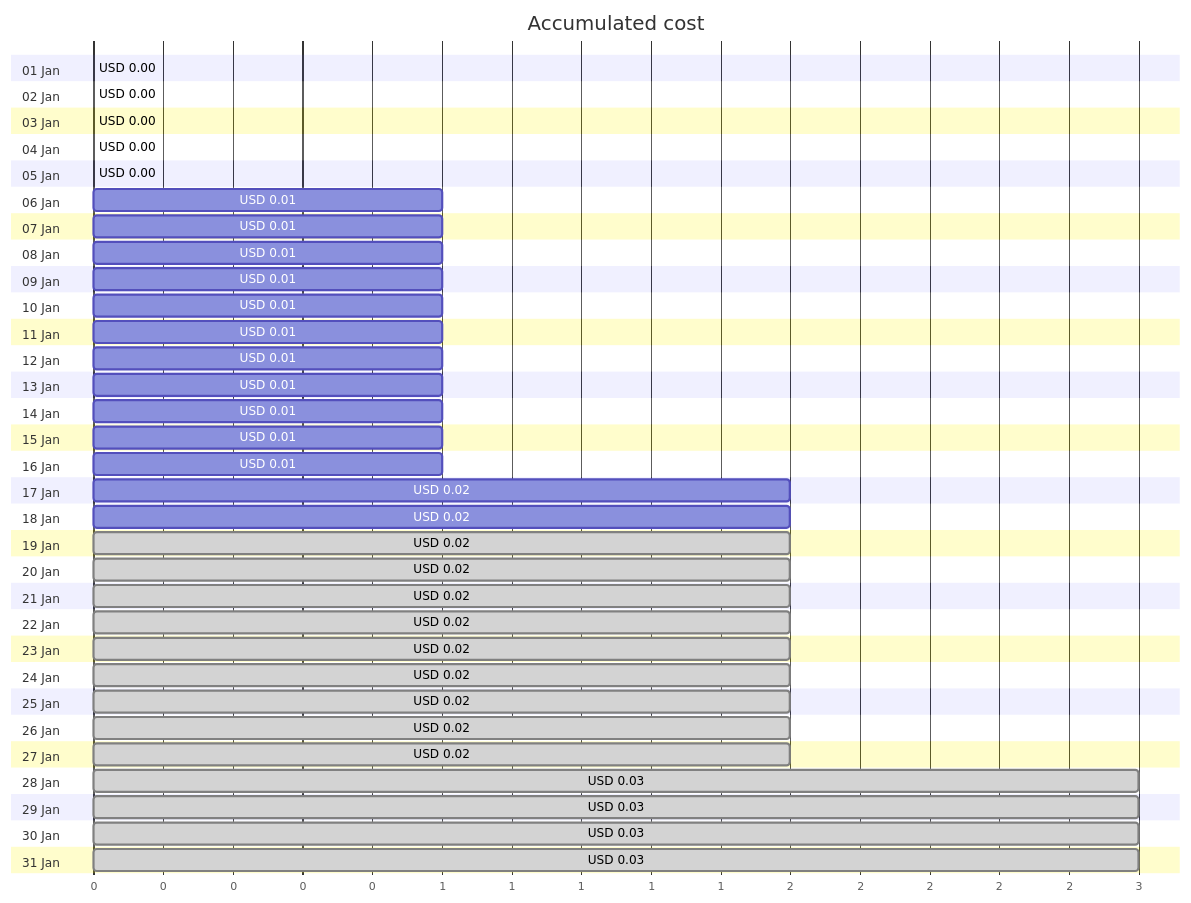
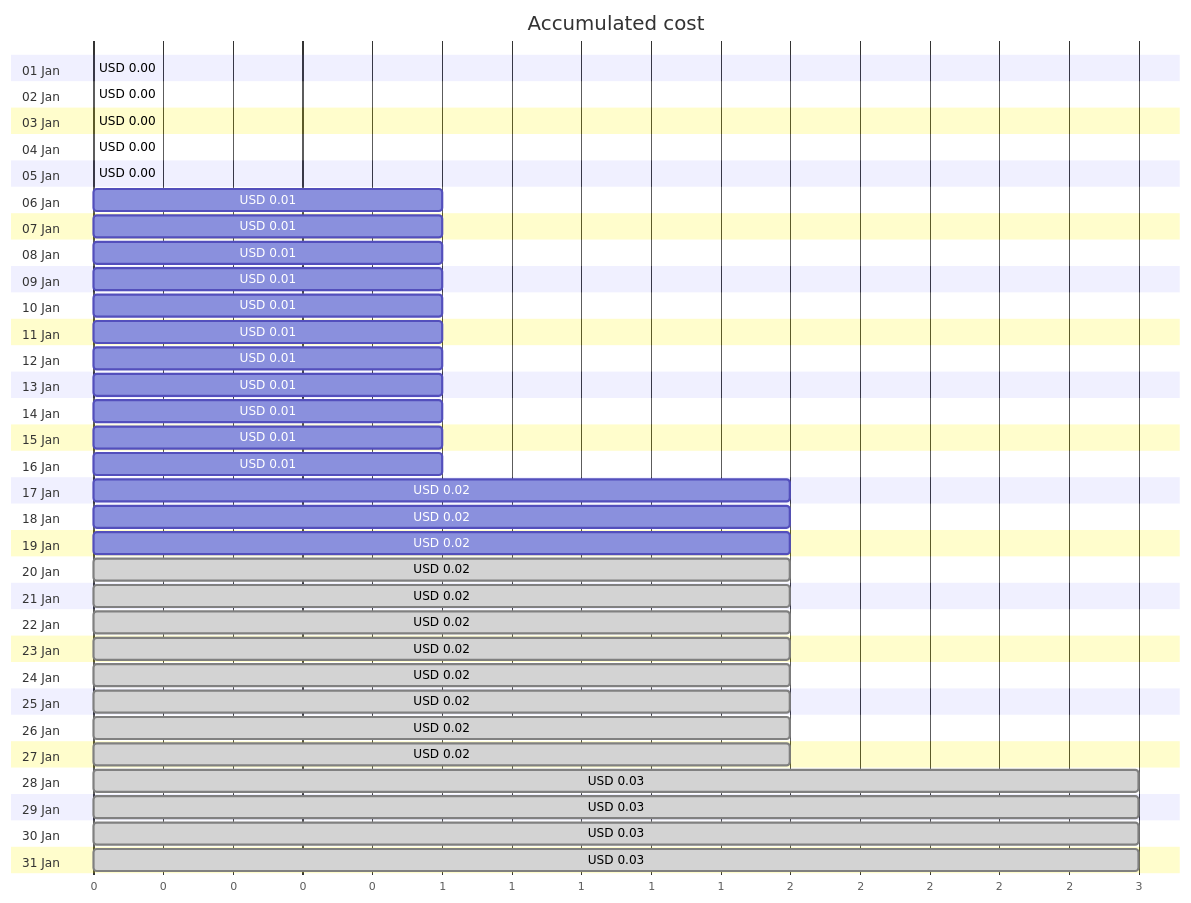
One commit to jpfulton/azure-personal-reports changed the first of 4 diagrams in cost-reports/personal-site/personalsiteapipreview.md. Above: the diagram before and after it, drawn with Mermaid. The commit also changed other lines of this file and 7 other files, not shown here.

````diff
--- a/cost-reports/personal-site/personalsiteapipreview.md
+++ b/cost-reports/personal-site/personalsiteapipreview.md
@@ -20,68 +20,68 @@
 ```mermaid
 gantt
    title Accumulated cost
    dateFormat  X
    axisFormat %s
    section 01 Jan
    USD 0.00 :0, 0
    section 02 Jan
    USD 0.00 :0, 0
    section 03 Jan
    USD 0.00 :0, 0
    section 04 Jan
    USD 0.00 :0, 0
    section 05 Jan
    USD 0.00 :0, 0
    section 06 Jan
    USD 0.01 :0, 1
    section 07 Jan
    USD 0.01 :0, 1
    section 08 Jan
    USD 0.01 :0, 1
    section 09 Jan
    USD 0.01 :0, 1
    section 10 Jan
    USD 0.01 :0, 1
    section 11 Jan
    USD 0.01 :0, 1
    section 12 Jan
    USD 0.01 :0, 1
    section 13 Jan
    USD 0.01 :0, 1
    section 14 Jan
    USD 0.01 :0, 1
    section 15 Jan
    USD 0.01 :0, 1
    section 16 Jan
    USD 0.01 :0, 1
    section 17 Jan
    USD 0.02 :0, 2
    section 18 Jan
    USD 0.02 :0, 2
    section 19 Jan
-   USD 0.02 : done, 0, 2
+   USD 0.02 :0, 2
    section 20 Jan
    USD 0.02 : done, 0, 2
    section 21 Jan
    USD 0.02 : done, 0, 2
    section 22 Jan
    USD 0.02 : done, 0, 2
    section 23 Jan
    USD 0.02 : done, 0, 2
    section 24 Jan
    USD 0.02 : done, 0, 2
    section 25 Jan
    USD 0.02 : done, 0, 2
    section 26 Jan
    USD 0.02 : done, 0, 2
    section 27 Jan
    USD 0.02 : done, 0, 2
    section 28 Jan
    USD 0.03 : done, 0, 3
    section 29 Jan
    USD 0.03 : done, 0, 3
    section 30 Jan
    USD 0.03 : done, 0, 3
    section 31 Jan
    USD 0.03 : done, 0, 3
 ```
````
